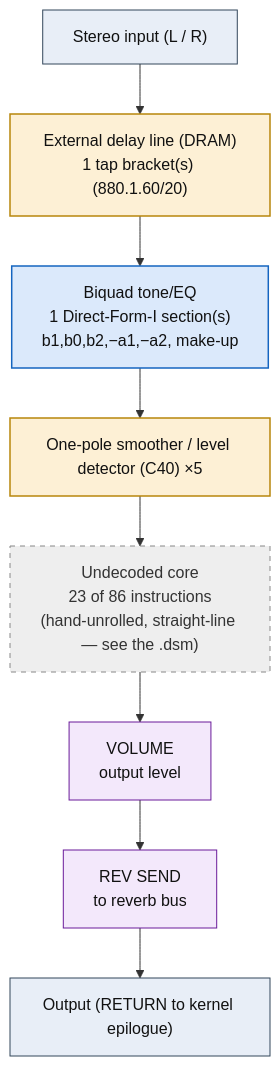
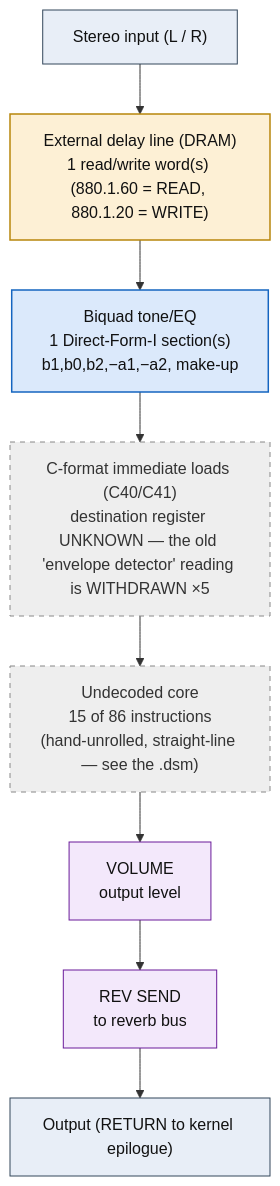
Before and after one commit to ArqueologiaDigital/KN5000-docs: the diagram in flowcharts/prog15_rock_rotary.md, drawn with Mermaid. The commit also changed other lines of this file and 38 other files, not shown here.

First line of the commit message:
flowcharts: withdraw the envelope-detector reading, decode the DRAM accesses

````diff
--- a/flowcharts/prog15_rock_rotary.md
+++ b/flowcharts/prog15_rock_rotary.md
@@ -19,30 +19,30 @@
 ```mermaid
 flowchart TD
     N0["Stereo input (L / R)"]
-    N1["External delay line (DRAM)<br/>1 tap bracket(s) (880.1.60/20)"]
+    N1["External delay line (DRAM)<br/>1 read/write word(s) (880.1.60 = READ, 880.1.20 = WRITE)"]
     N0 --> N1
     N2["Biquad tone/EQ<br/>1 Direct-Form-I section(s)<br/>b1,b0,b2,&minus;a1,&minus;a2, make-up"]
     N1 --> N2
-    N3["One-pole smoother / level detector (C40) &times;5"]
+    N3["C-format immediate loads (C40/C41)<br/>destination register UNKNOWN &mdash; the old 'envelope detector' reading is WITHDRAWN &times;5"]
     N2 --> N3
-    N4["Undecoded core<br/>23 of 86 instructions<br/>(hand-unrolled, straight-line &mdash; see the .dsm)"]
+    N4["Undecoded core<br/>15 of 86 instructions<br/>(hand-unrolled, straight-line &mdash; see the .dsm)"]
     N3 --> N4
     N5["VOLUME<br/>output level"]
     N4 --> N5
     N6["REV SEND<br/>to reverb bus"]
     N5 --> N6
     N7["Output (RETURN to kernel epilogue)"]
     N6 --> N7
 
     classDef io fill:#e8eef7,stroke:#33475b,stroke-width:1px,color:#111;
     classDef proven fill:#d7f0d7,stroke:#2e7d32,stroke-width:2px,color:#111;
     classDef measured fill:#dbe9fb,stroke:#1565c0,stroke-width:1.5px,color:#111;
     classDef inferred fill:#fdf0d5,stroke:#b8860b,stroke-width:1.5px,color:#111;
     classDef open fill:#eeeeee,stroke:#888,stroke-width:1px,color:#333,stroke-dasharray:5 5;
     classDef ctrl fill:#f3e8fb,stroke:#6a1b9a,stroke-width:1px,color:#111;
     class N0,N7 io;
-    class N1,N3 inferred;
+    class N1 inferred;
     class N2 measured;
-    class N4 open;
+    class N3,N4 open;
     class N5,N6 ctrl;
 ```
````
